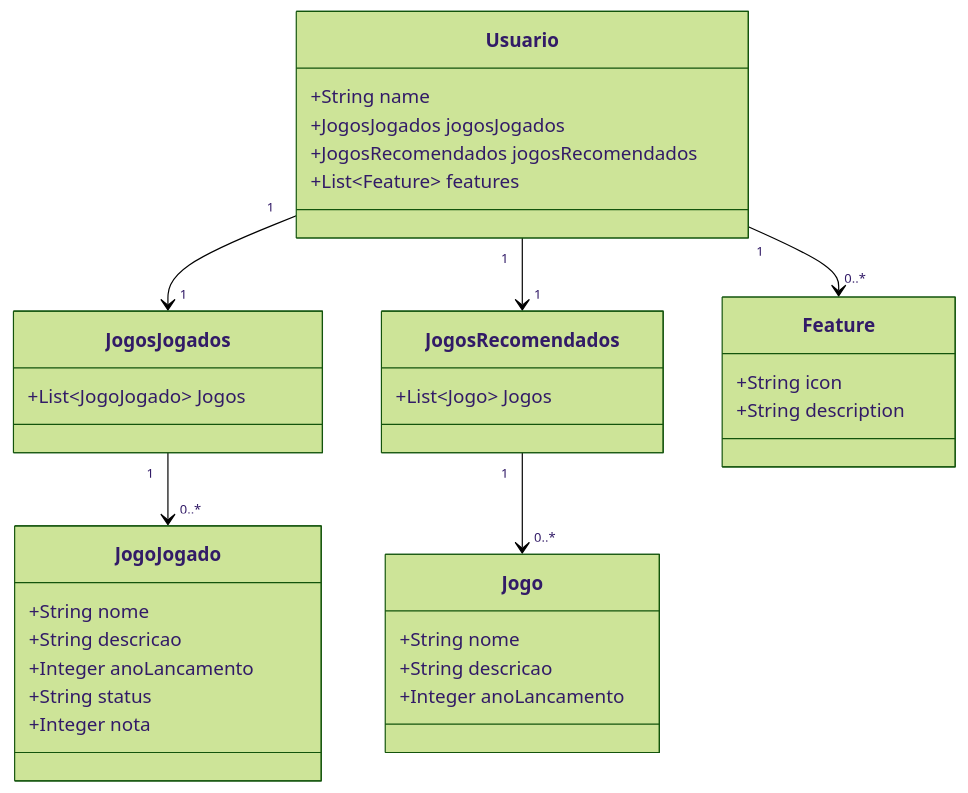
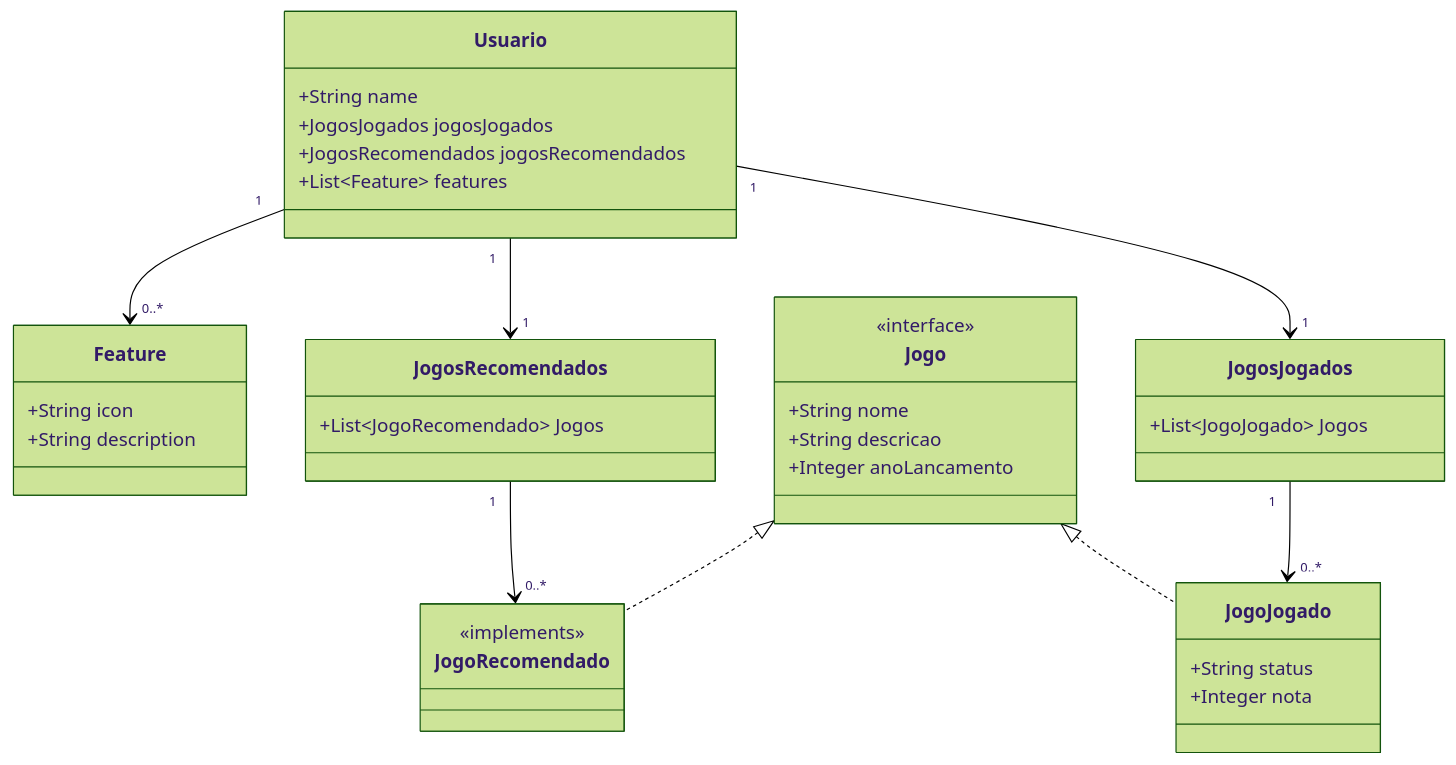
The diagram in README.md (e1k1to/curriculo_gamer), drawn with Mermaid (forest theme) before and after one commit.

Commit message:
adicionada interface no readme

````diff
--- a/README.md
+++ b/README.md
@@ -6,44 +6,49 @@
 ```mermaid
 classDiagram
     class Usuario {
         +String name
         +JogosJogados jogosJogados
         +JogosRecomendados jogosRecomendados
         +List~Feature~ features
     }
 
     class JogosJogados {
         +List~JogoJogado~ Jogos
     }
 
+    class JogosRecomendados {
+        +List~JogoRecomendado~ Jogos
+    }
+
     class JogoJogado {
-        +String nome
-        +String descricao
-        +Integer anoLancamento
         +String status
         +Integer nota
     }
 
-    class JogosRecomendados {
-        +List~Jogo~ Jogos
+    class JogoRecomendado {
+        <<implements>> 
     }
 
     class Jogo {
+        <<interface>>
         +String nome
         +String descricao
         +Integer anoLancamento
     }
 
     class Feature {
         +String icon
         +String description
     }
 
-    %% Cardinalidades
+    %% Relações e cardinalidades
     Usuario "1" --> "1" JogosJogados
     Usuario "1" --> "1" JogosRecomendados
     Usuario "1" --> "0..*" Feature
     JogosJogados "1" --> "0..*" JogoJogado
-    JogosRecomendados "1" --> "0..*" Jogo
+    JogosRecomendados "1" --> "0..*" JogoRecomendado
+
+    Jogo <|.. JogoJogado
+    Jogo <|.. JogoRecomendado
 
 ```
````
